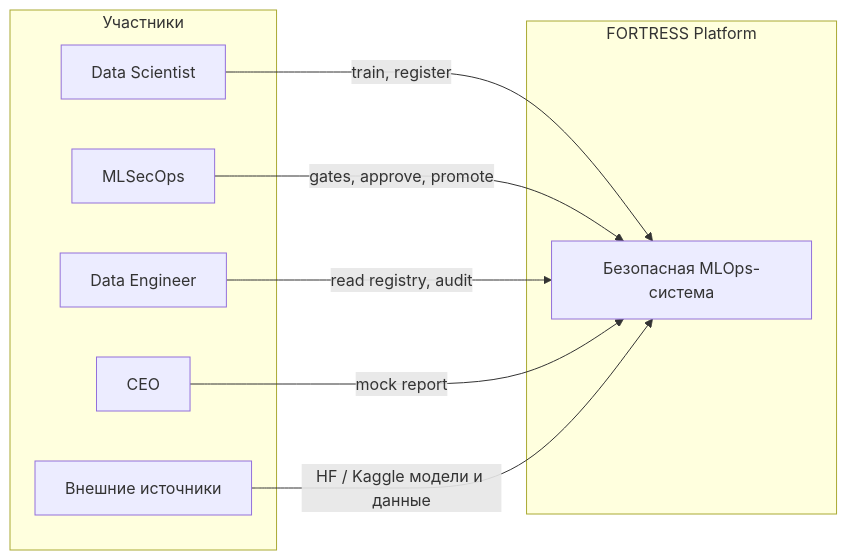
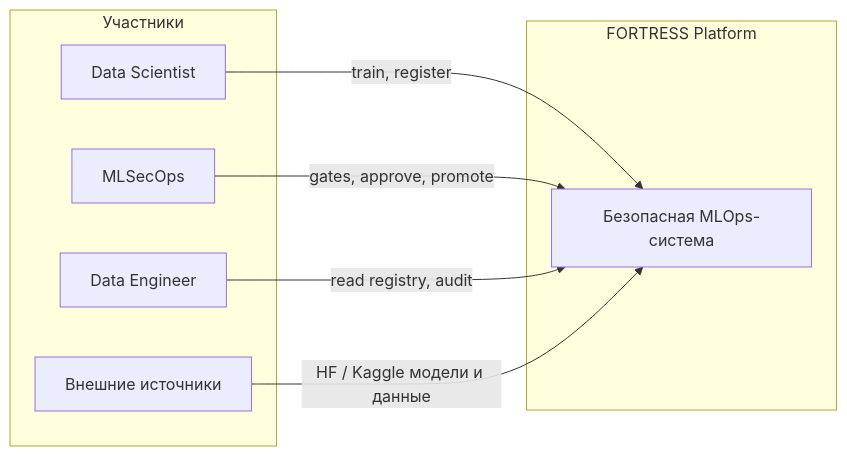
One commit to Ermakov764/Alfa_bank_MLSecOps changed the first of 10 diagrams in docs/architecture.md. Above: the diagram before and after it, drawn with Mermaid. The commit also changed other lines of this file and 10 other files, not shown here.

First line of the commit message:
docs: sync architecture and guides with current Docker stack

````diff
--- a/docs/architecture.md
+++ b/docs/architecture.md
@@ -10,20 +10,18 @@
 ```mermaid
 flowchart LR
   subgraph actors [Участники]
     DS[Data Scientist]
     MSO[MLSecOps]
     DE[Data Engineer]
-    CEO[CEO]
     EXT[Внешние источники]
   end
 
   subgraph fortress [FORTRESS Platform]
     SYS[Безопасная MLOps-система]
   end
 
   DS -->|train, register| SYS
   MSO -->|gates, approve, promote| SYS
   DE -->|read registry, audit| SYS
-  CEO -->|mock report| SYS
   EXT -->|HF / Kaggle модели и данные| SYS
 ```
````
